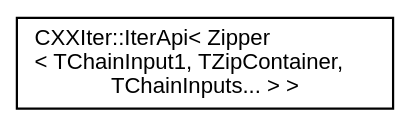
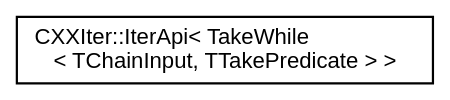
One commit to seijikun/CXXIter changed the diagram in inherit_graph_19.dot. Above: the diagram before and after it, drawn with Graphviz. The commit also changed 78 other files, not shown here.

```diff
--- a/inherit_graph_19.dot
+++ b/inherit_graph_19.dot
@@ -1,10 +1,10 @@
 digraph "Graphical Class Hierarchy"
 {
  // INTERACTIVE_SVG=YES
  // LATEX_PDF_SIZE
   bgcolor="transparent";
   edge [fontname="Helvetica",fontsize="10",labelfontname="Helvetica",labelfontsize="10"];
   node [fontname="Helvetica",fontsize="10",shape=record];
   rankdir="LR";
-  Node0 [label="CXXIter::IterApi\< Zipper\l\< TChainInput1, TZipContainer,\l TChainInputs... \> \>",height=0.2,width=0.4,color="black",URL="$classCXXIter_1_1IterApi.html",tooltip=" "];
+  Node0 [label="CXXIter::IterApi\< TakeWhile\l\< TChainInput, TTakePredicate \> \>",height=0.2,width=0.4,color="black",URL="$classCXXIter_1_1IterApi.html",tooltip=" "];
 }
```
